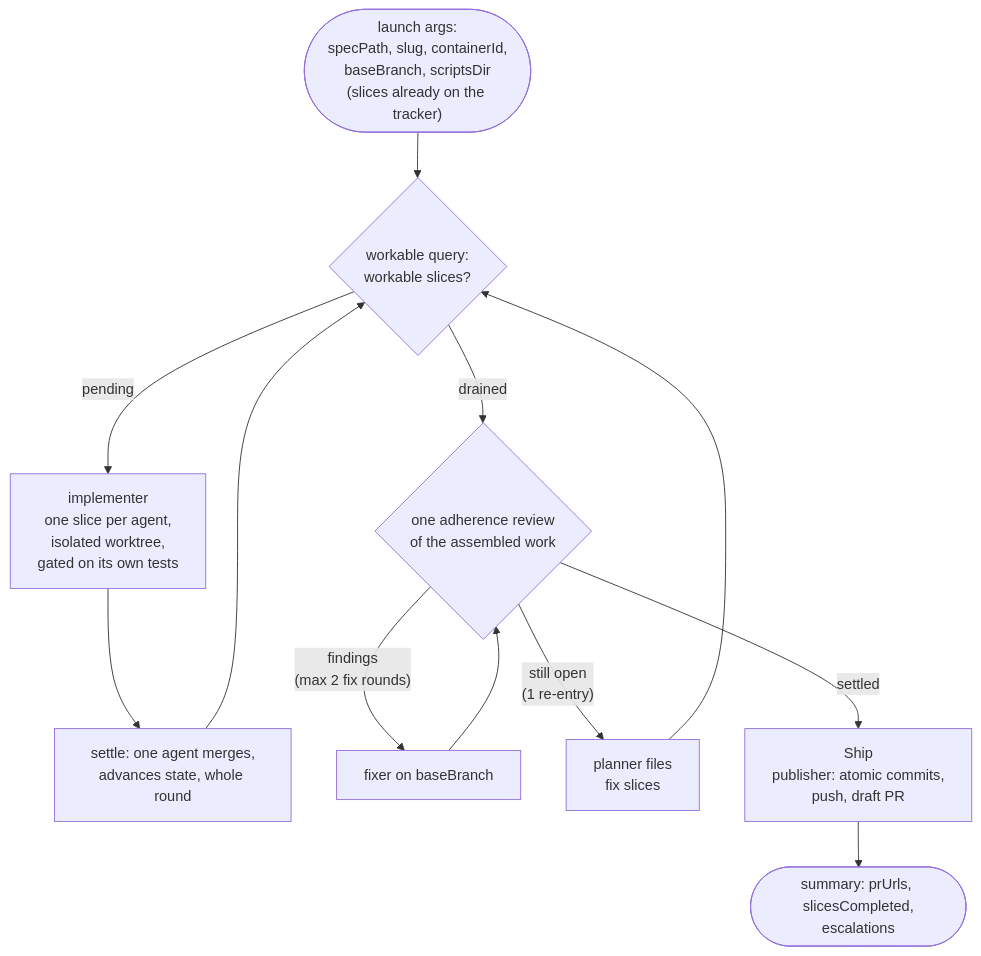
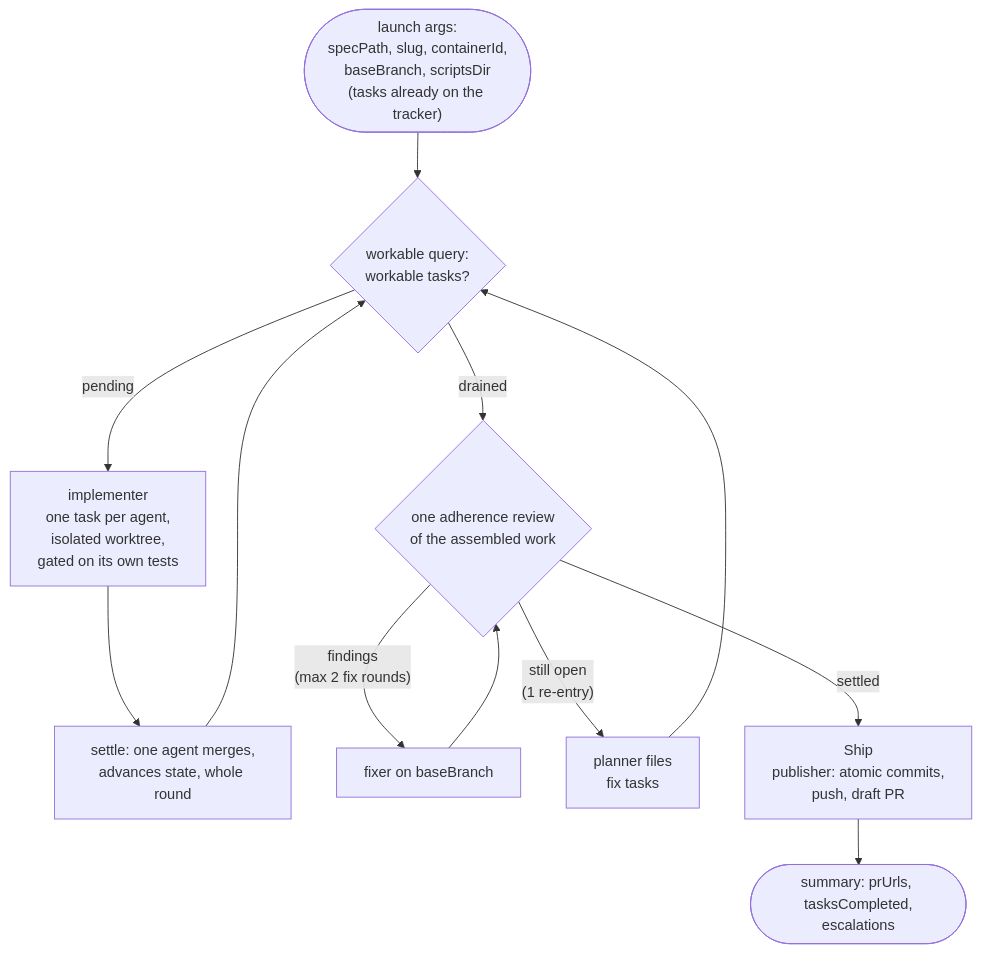
The second of 2 diagrams in plugins/swe/README.md (kpeez/agent-toolbox), drawn with Mermaid before and after one commit. The commit also changed other lines of this file and 20 other files, not shown here.

First line of the commit message:
Rename the hierarchy to spec, changeset, task, stack

````diff
--- a/plugins/swe/README.md
+++ b/plugins/swe/README.md
@@ -74,14 +74,14 @@
 ```mermaid
 flowchart TD
-  L(["launch args:<br/>specPath, slug, containerId,<br/>baseBranch, scriptsDir<br/>(slices already on the tracker)"]) --> F{"workable query:<br/>workable slices?"}
-  F -- "pending" --> IM["implementer<br/>one slice per agent,<br/>isolated worktree,<br/>gated on its own tests"]
+  L(["launch args:<br/>specPath, slug, containerId,<br/>baseBranch, scriptsDir<br/>(tasks already on the tracker)"]) --> F{"workable query:<br/>workable tasks?"}
+  F -- "pending" --> IM["implementer<br/>one task per agent,<br/>isolated worktree,<br/>gated on its own tests"]
   IM --> M["settle: one agent merges,<br/>advances state, whole round"]
   M --> F
   F -- "drained" --> R{"one adherence review<br/>of the assembled work"}
   R -- "findings<br/>(max 2 fix rounds)" --> FX["fixer on baseBranch"]
   FX --> R
-  R -- "still open<br/>(1 re-entry)" --> FF["planner files<br/>fix slices"]
+  R -- "still open<br/>(1 re-entry)" --> FF["planner files<br/>fix tasks"]
   FF --> F
   R -- "settled" --> SH["Ship<br/>publisher: atomic commits,<br/>push, draft PR"]
-  SH --> OUT(["summary: prUrls, slicesCompleted,<br/>escalations"])
+  SH --> OUT(["summary: prUrls, tasksCompleted,<br/>escalations"])
 ```
````
